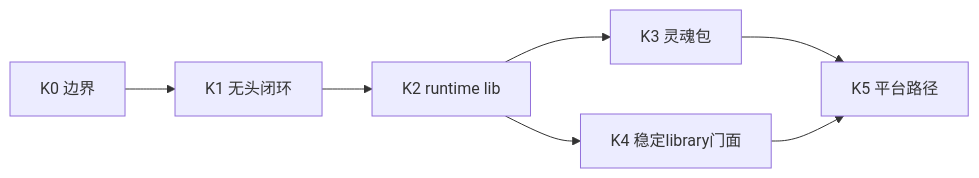
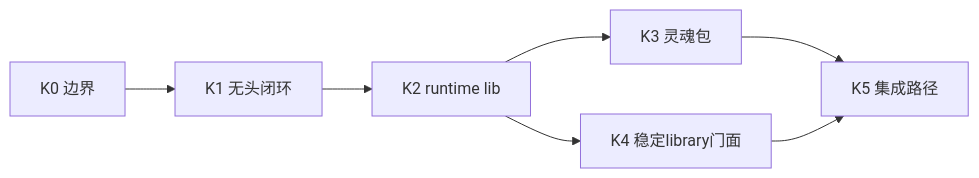
The diagram in creator-docs/getting-started/KERNEL_IMPLEMENTATION_PLAN.md (linkaiheng2233-cyber/oclivenewnew), drawn with Mermaid before and after one commit. The commit also changed other lines of this file and 231 other files, not shown here.

Commit message:
docs(architecture): align project around tool kernel

````diff
--- a/creator-docs/getting-started/KERNEL_IMPLEMENTATION_PLAN.md
+++ b/creator-docs/getting-started/KERNEL_IMPLEMENTATION_PLAN.md
@@ -24,9 +24,9 @@
 ```mermaid
 flowchart LR
   K0[K0 边界] --> K1[K1 无头闭环]
   K1 --> K2[K2 runtime lib]
   K2 --> K3[K3 灵魂包]
   K2 --> K4[K4 稳定library门面]
-  K3 --> K5[K5 平台路径]
+  K3 --> K5[K5 集成路径]
   K4 --> K5
 ```
````
